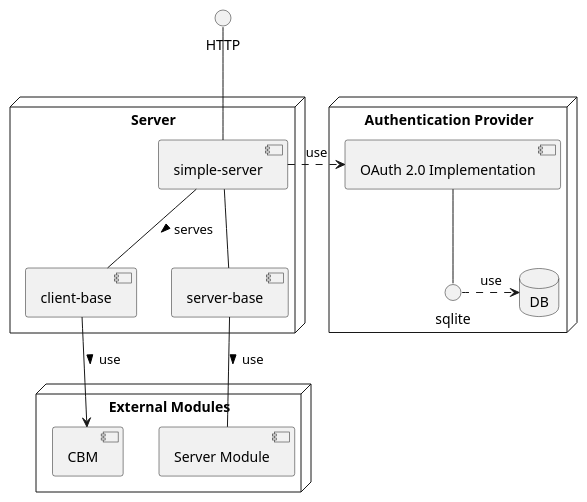
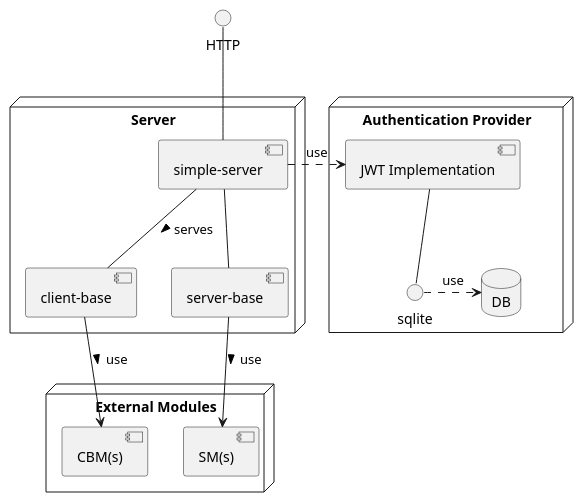
The diagram in arch/simple-server-structure.puml (server-state/specs), drawn with PlantUML before and after one commit. The commit also changed 1 other file, not shown here.

Commit message:
Fixed diagrams

```diff
--- a/arch/simple-server-structure.puml
+++ b/arch/simple-server-structure.puml
@@ -1,32 +1,32 @@
 @startuml
 skinparam componentStyle uml2
 
 interface HTTP
 node Server {
     component "simple-server" as ss
     component "server-base" as sb
     component "client-base" as cb
 
     [ss] -- [cb] : serves >
     ss -- sb
 }
 
 node "External Modules" {
-    component "Server Module" as sm1
-    component "CBM" as cbm
-    [sb]-- [sm1]: > use
+    component "SM(s)" as sm1
+    component "CBM(s)" as cbm
+    [sb]--> [sm1]: > use
     [cb]->[cbm]: > use
 }
 
 node "Authentication Provider" {
     database DB
-    component "OAuth 2.0 Implementation" as oa
+    component "JWT Implementation" as auth
     interface sqlite
 
-    [oa] -- sqlite
+    [auth] -- sqlite
     sqlite .> DB : use
 }
 
 HTTP -- [ss]
-ss .> oa : use
+ss .> auth : use
 @enduml
```
